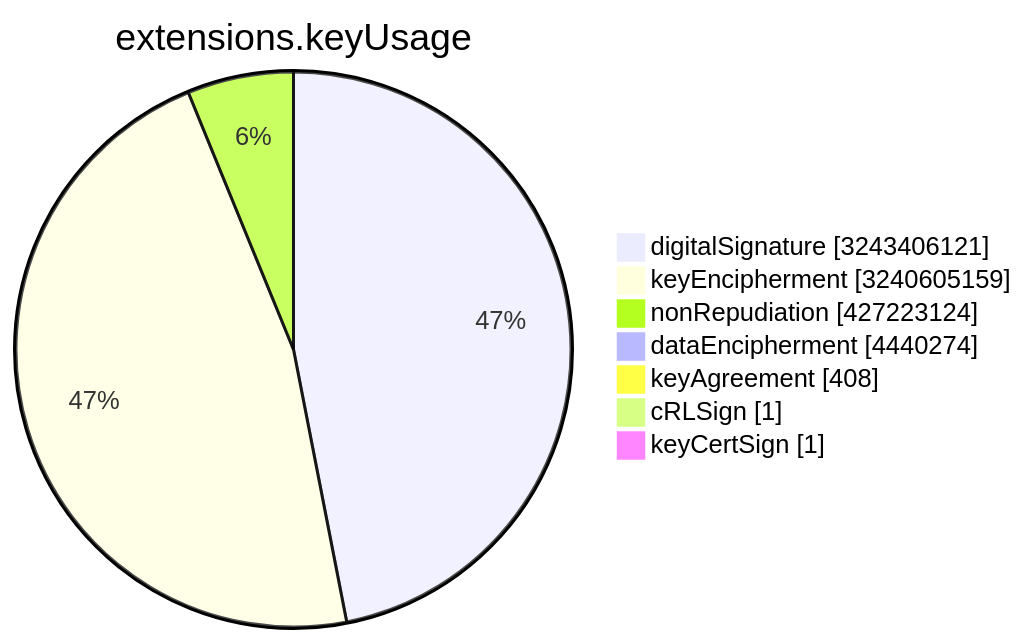
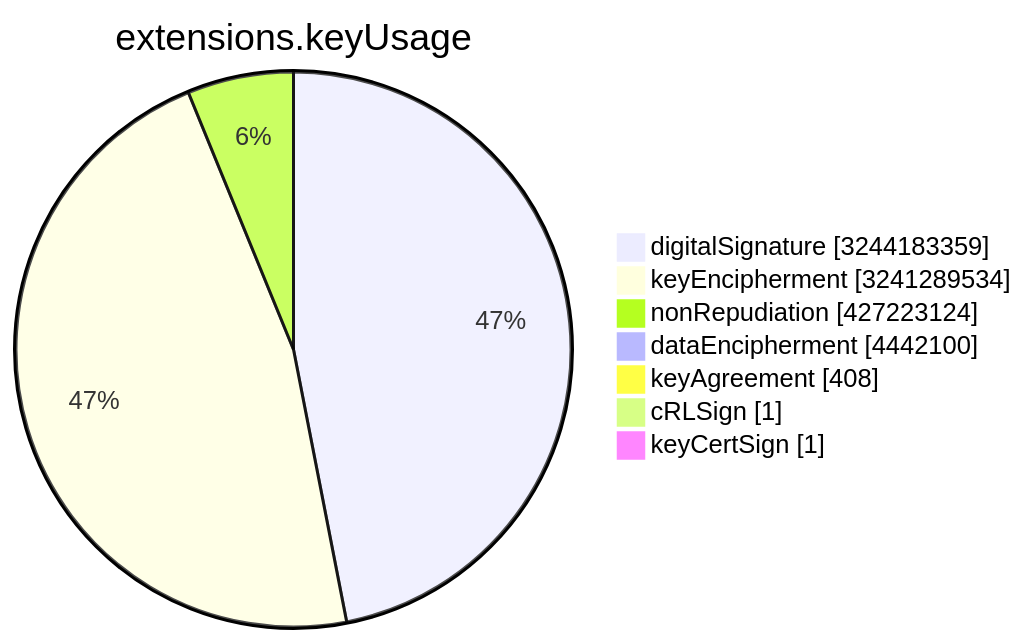
Before and after one commit to christiankrug/ctmonitor_visualization: the sixth of 15 diagrams in TOTAL/README.md, drawn with Mermaid. The commit also changed other lines of this file, not shown here.

````diff
--- a/TOTAL/README.md
+++ b/TOTAL/README.md
@@ -3077,11 +3077,11 @@
 ```mermaid
 pie showData
 title extensions.keyUsage
-"digitalSignature" :3243406121
-"keyEncipherment" :3240605159
+"digitalSignature" :3244183359
+"keyEncipherment" :3241289534
 "nonRepudiation" :427223124
-"dataEncipherment" :4440274
+"dataEncipherment" :4442100
 "keyAgreement" :408
 "cRLSign" :1
 "keyCertSign" :1
 ```
````
